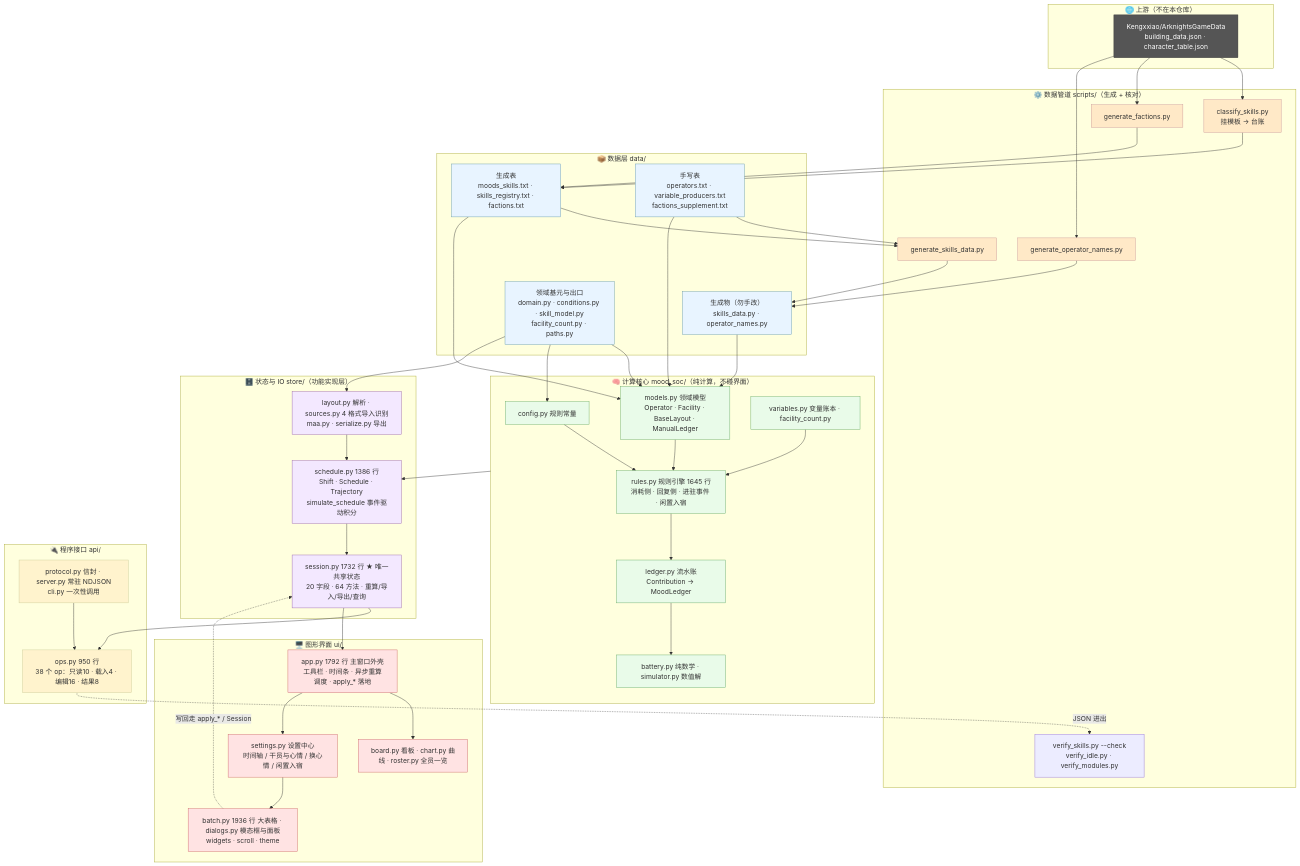
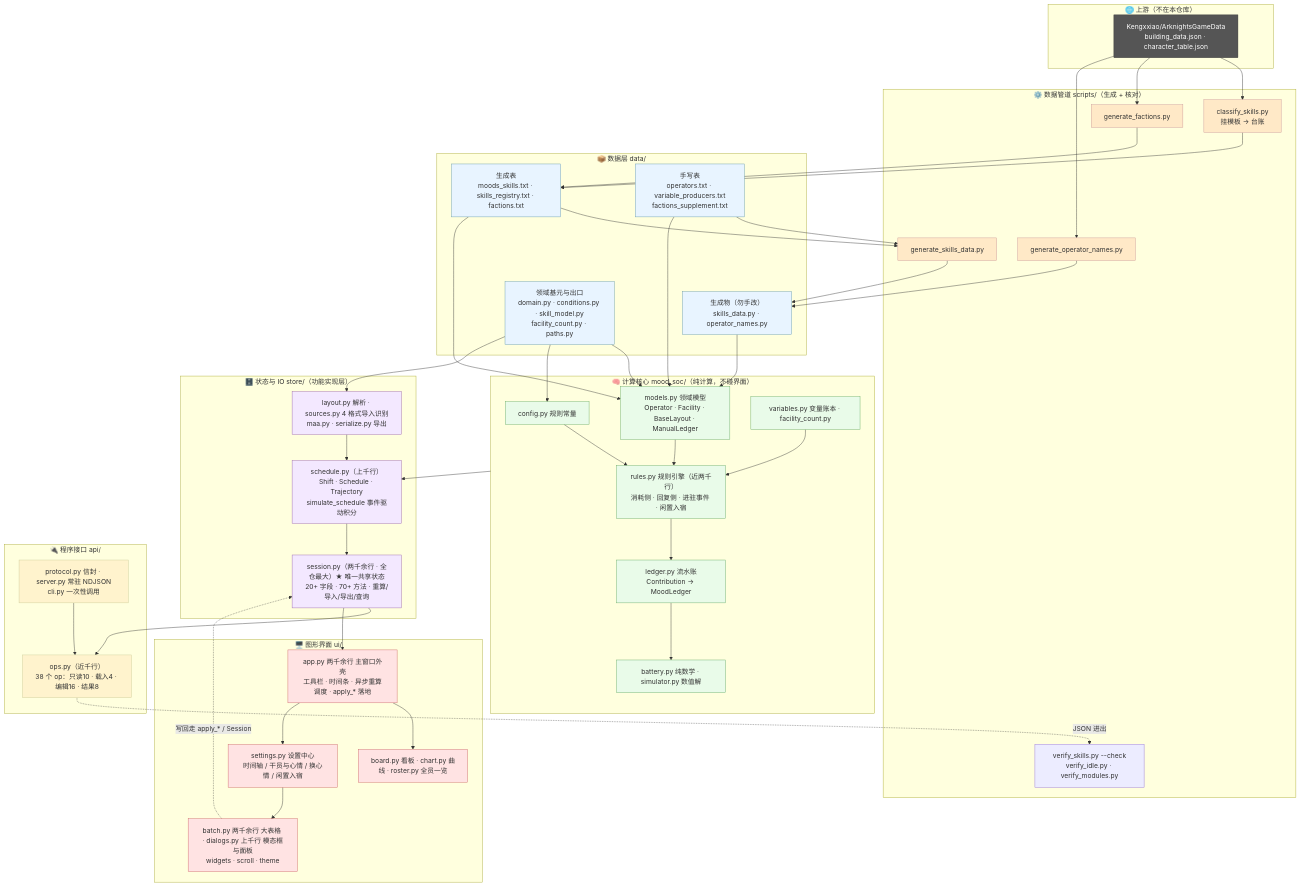
Before and after one commit to ziyanQAQ/Rhodes-MoodSOC: the first of 4 diagrams in documents/15-架构图.md, drawn with Mermaid. The commit also changed other lines of this file and 1 other file, not shown here.

Commit message:
文档改有界说法

```diff
--- a/documents/15-架构图.md
+++ b/documents/15-架构图.md
@@ -53,7 +53,7 @@
     subgraph L3["🧠 计算核心 mood_soc/（纯计算，不碰界面）"]
         E1["config.py 规则常量"]
         E2["models.py 领域模型<br/>Operator · Facility · BaseLayout · ManualLedger"]
-        E3["rules.py 规则引擎 1645 行<br/>消耗侧 · 回复侧 · 进驻事件 · 闲置入宿"]
+        E3["rules.py 规则引擎（近两千行）<br/>消耗侧 · 回复侧 · 进驻事件 · 闲置入宿"]
         E4["ledger.py 流水账<br/>Contribution → MoodLedger"]
         E5["variables.py 变量账本 · facility_count.py"]
         E6["battery.py 纯数学 · simulator.py 数值解"]
@@ -61,20 +61,20 @@
 
     subgraph L4["🗄️ 状态与 IO store/（功能实现层）"]
         S1["layout.py 解析 · sources.py 4 格式导入识别<br/>maa.py · serialize.py 导出"]
-        S2["schedule.py 1386 行<br/>Shift · Schedule · Trajectory<br/>simulate_schedule 事件驱动积分"]
-        S3["session.py 1732 行 ★ 唯一共享状态<br/>20 字段 · 64 方法 · 重算/导入/导出/查询"]
+        S2["schedule.py（上千行）<br/>Shift · Schedule · Trajectory<br/>simulate_schedule 事件驱动积分"]
+        S3["session.py（两千余行 · 全仓最大）★ 唯一共享状态<br/>20+ 字段 · 70+ 方法 · 重算/导入/导出/查询"]
     end
 
     subgraph L5["🔌 程序接口 api/"]
         A1["protocol.py 信封 · server.py 常驻 NDJSON<br/>cli.py 一次性调用"]
-        A2["ops.py 950 行<br/>38 个 op：只读10 · 载入4 · 编辑16 · 结果8"]
+        A2["ops.py（近千行）<br/>38 个 op：只读10 · 载入4 · 编辑16 · 结果8"]
     end
 
     subgraph L6["🖥️ 图形界面 ui/"]
-        U1["app.py 1792 行 主窗口外壳<br/>工具栏 · 时间条 · 异步重算调度 · apply_* 落地"]
+        U1["app.py 两千余行 主窗口外壳<br/>工具栏 · 时间条 · 异步重算调度 · apply_* 落地"]
         U2["board.py 看板 · chart.py 曲线 · roster.py 全员一览"]
         U3["settings.py 设置中心<br/>时间轴 / 干员与心情 / 换心情 / 闲置入宿"]
-        U4["batch.py 1936 行 大表格 · dialogs.py 模态框与面板<br/>widgets · scroll · theme"]
+        U4["batch.py 两千余行 大表格 · dialogs.py 上千行 模态框与面板<br/>widgets · scroll · theme"]
     end
 
     UP --> G1 & G3 & G4
```
